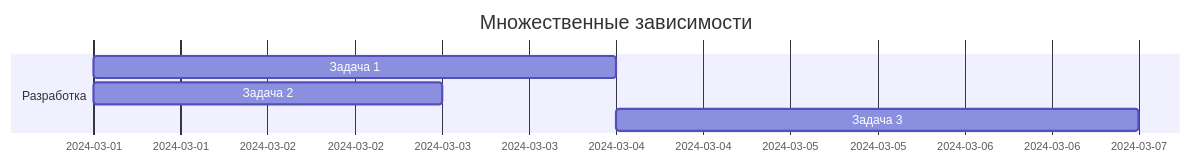
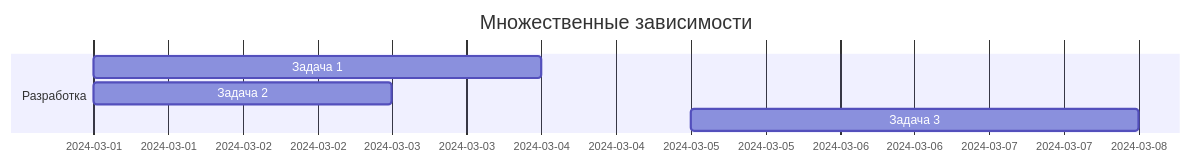
Before and after one commit to asukhodko/opskarta: the third of 5 diagrams in specs/v1/SPEC.md, drawn with Mermaid. The commit also changed other lines of this file and 8 other files, not shown here.

````diff
--- a/specs/v1/SPEC.md
+++ b/specs/v1/SPEC.md
@@ -1761,10 +1916,10 @@
 ```mermaid
 gantt
     title Множественные зависимости
     dateFormat YYYY-MM-DD
 
     section Разработка
     Задача 1    :task1, 2024-03-01, 3d
     Задача 2    :task2, 2024-03-01, 2d
-    Задача 3    :task3, after task1 task2, 3d
+    Задача 3    :task3, 2024-03-05, 3d
 ```
````
